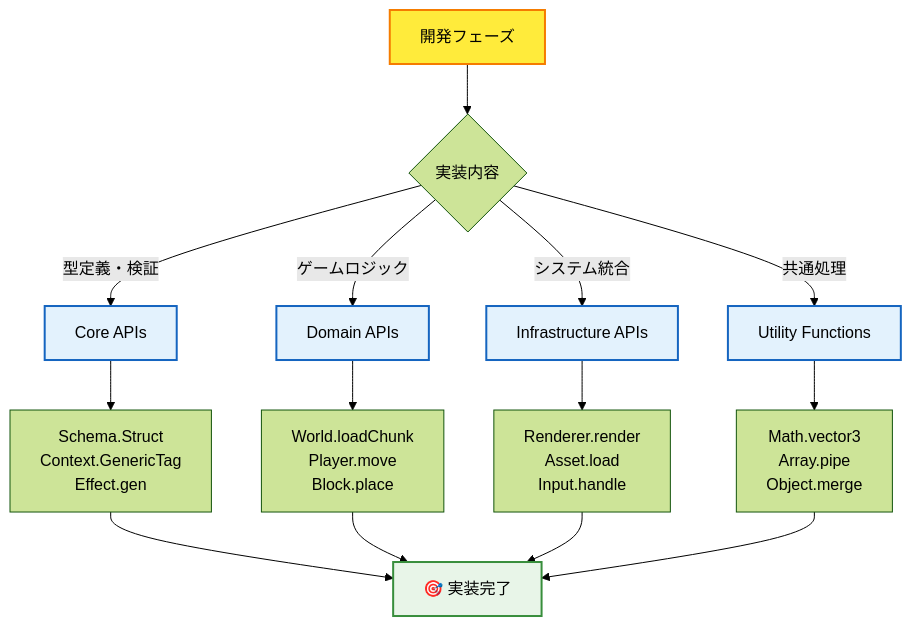
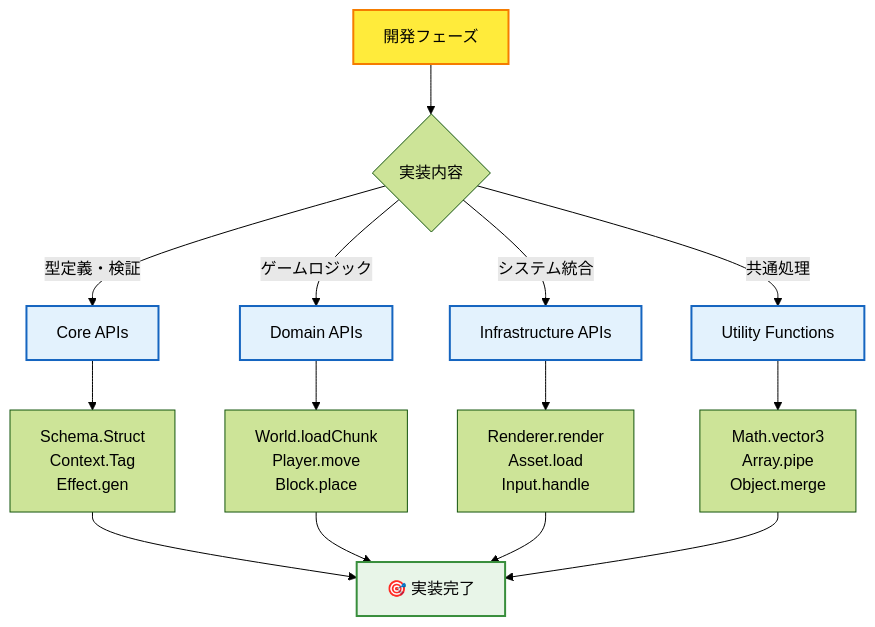
The second of 2 diagrams in docs/reference/api/README.md (takeokunn/ts-minecraft), drawn with Mermaid (forest theme) before and after one commit. The commit also changed other lines of this file and 54 other files, not shown here.

````diff
--- a/docs/reference/api/README.md
+++ b/docs/reference/api/README.md
@@ -99,27 +99,27 @@
 ```mermaid
 flowchart TD
     A[開発フェーズ] --> B{実装内容}
 
     B -->|型定義・検証| C[Core APIs]
     B -->|ゲームロジック| D[Domain APIs]
     B -->|システム統合| E[Infrastructure APIs]
     B -->|共通処理| F[Utility Functions]
 
-    C --> C1[Schema.Struct<br/>Context.GenericTag<br/>Effect.gen]
+    C --> C1[Schema.Struct<br/>Context.Tag<br/>Effect.gen]
     D --> D1[World.loadChunk<br/>Player.move<br/>Block.place]
     E --> E1[Renderer.render<br/>Asset.load<br/>Input.handle]
     F --> F1[Math.vector3<br/>Array.pipe<br/>Object.merge]
 
     C1 --> G[🎯 実装完了]
     D1 --> G
     E1 --> G
     F1 --> G
 
     classDef phase fill:#ffeb3b,stroke:#f57c00,stroke-width:2px
     classDef api fill:#e3f2fd,stroke:#1565c0,stroke-width:2px
     classDef impl fill:#e8f5e8,stroke:#388e3c,stroke-width:2px
 
     class A phase
     class C,D,E,F api
     class G impl
 ```
````
